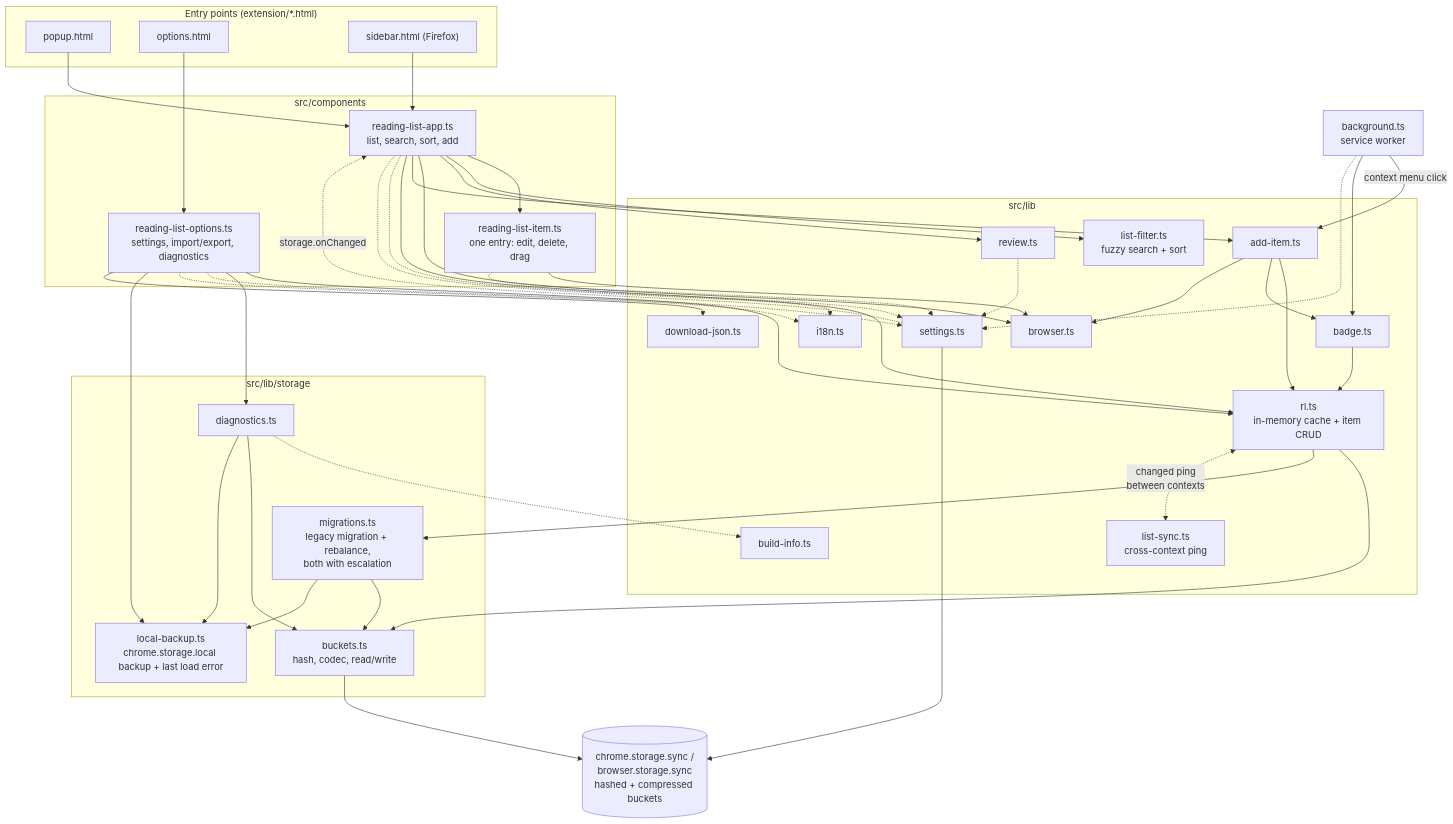
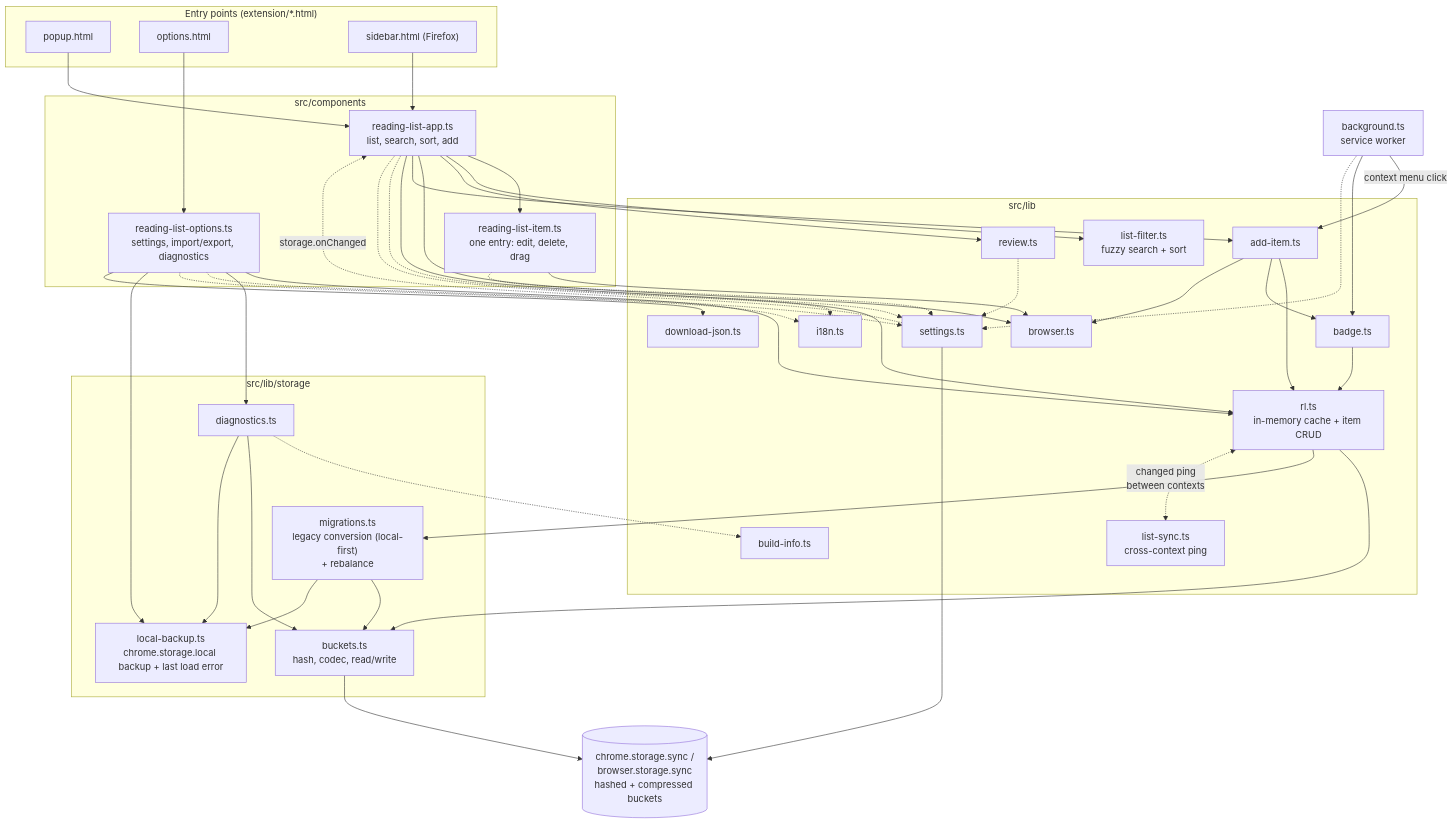
One commit to alexpdraper/reading-list changed the first of 2 diagrams in AGENTS.md. Above: the diagram before and after it, drawn with Mermaid. The commit also changed other lines of this file and 9 other files, not shown here.

````diff
--- a/AGENTS.md
+++ b/AGENTS.md
@@ -11,82 +11,82 @@
 ```mermaid
 graph TD
     subgraph Entry["Entry points (extension/*.html)"]
         Popup["popup.html"]
         Options["options.html"]
         Sidebar["sidebar.html (Firefox)"]
     end
 
     subgraph Components["src/components"]
         App["reading-list-app.ts<br/>list, search, sort, add"]
         OptComp["reading-list-options.ts<br/>settings, import/export, diagnostics"]
         Item["reading-list-item.ts<br/>one entry: edit, delete, drag"]
     end
 
     subgraph Lib["src/lib"]
         RL["rl.ts<br/>in-memory cache + item CRUD"]
         AddItem["add-item.ts"]
         Settings["settings.ts"]
         ListSync["list-sync.ts<br/>cross-context ping"]
         Filter["list-filter.ts<br/>fuzzy search + sort"]
         Badge["badge.ts"]
         Browser["browser.ts"]
         Review["review.ts"]
         I18n["i18n.ts"]
         BuildInfo["build-info.ts"]
         DownloadJson["download-json.ts"]
     end
 
     subgraph StorageLib["src/lib/storage"]
         Buckets["buckets.ts<br/>hash, codec, read/write"]
-        Migrations["migrations.ts<br/>legacy migration + rebalance,<br/>both with escalation"]
+        Migrations["migrations.ts<br/>legacy conversion (local-first)<br/>+ rebalance"]
         Diagnostics["diagnostics.ts"]
         LocalBackup["local-backup.ts<br/>chrome.storage.local backup + last load error"]
     end
 
     BG["background.ts<br/>service worker"]
     Storage[("chrome.storage.sync /<br/>browser.storage.sync<br/>hashed + compressed buckets")]
 
     Popup --> App
     Sidebar --> App
     Options --> OptComp
 
     App --> Item
     App --> Filter
     App --> Review
     App --> Browser
     App --> AddItem
     App --> RL
     OptComp --> RL
     OptComp --> Diagnostics
     Item --> Browser
 
     BG -- "context menu click" --> AddItem
     BG --> Badge
     AddItem --> RL
     AddItem --> Badge
     AddItem --> Browser
     Badge --> RL
 
     App -.-> Settings
     OptComp -.-> Settings
     Item -.-> Settings
     Review -.-> Settings
     BG -.-> Settings
     App -.-> I18n
     OptComp -.-> I18n
     Diagnostics -.-> BuildInfo
 
     RL --> Buckets
     RL --> Migrations
     Migrations --> Buckets
     Migrations --> LocalBackup
     Diagnostics --> Buckets
     Diagnostics --> LocalBackup
     OptComp --> LocalBackup
     OptComp --> DownloadJson
     Buckets --> Storage
     Settings --> Storage
 
     RL <-. "changed ping<br/>between contexts" .-> ListSync
     Settings -. "storage.onChanged" .-> App
 ```
````
